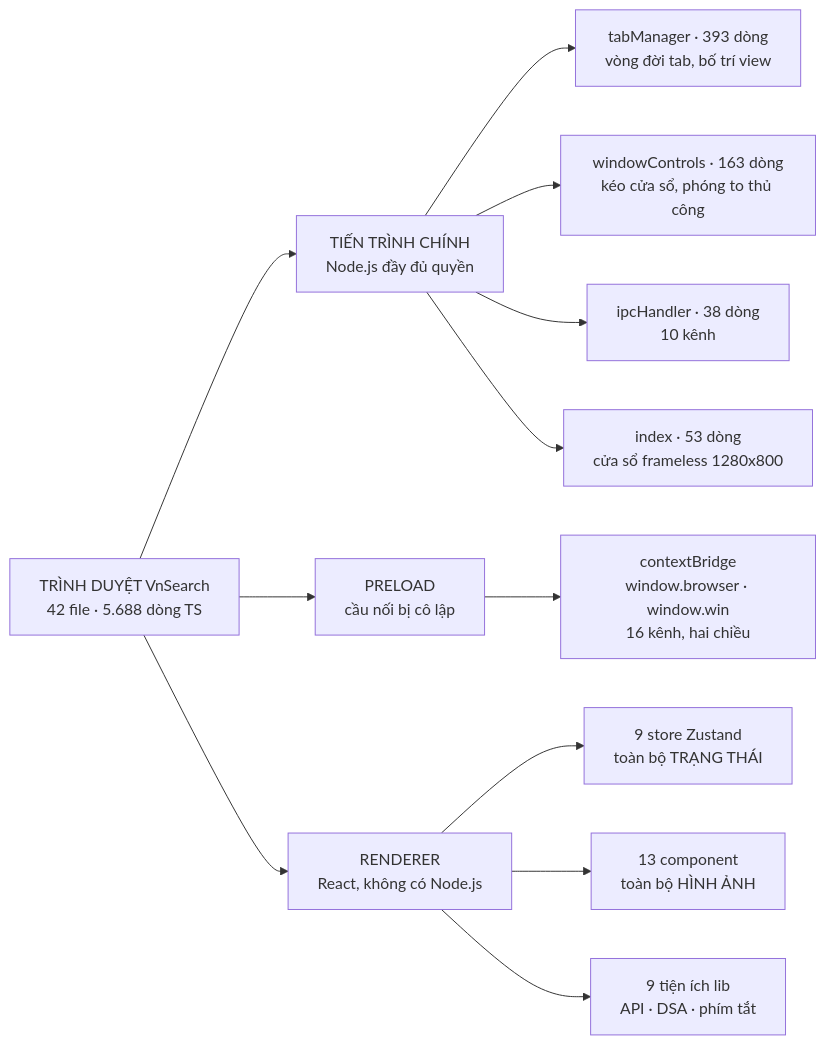
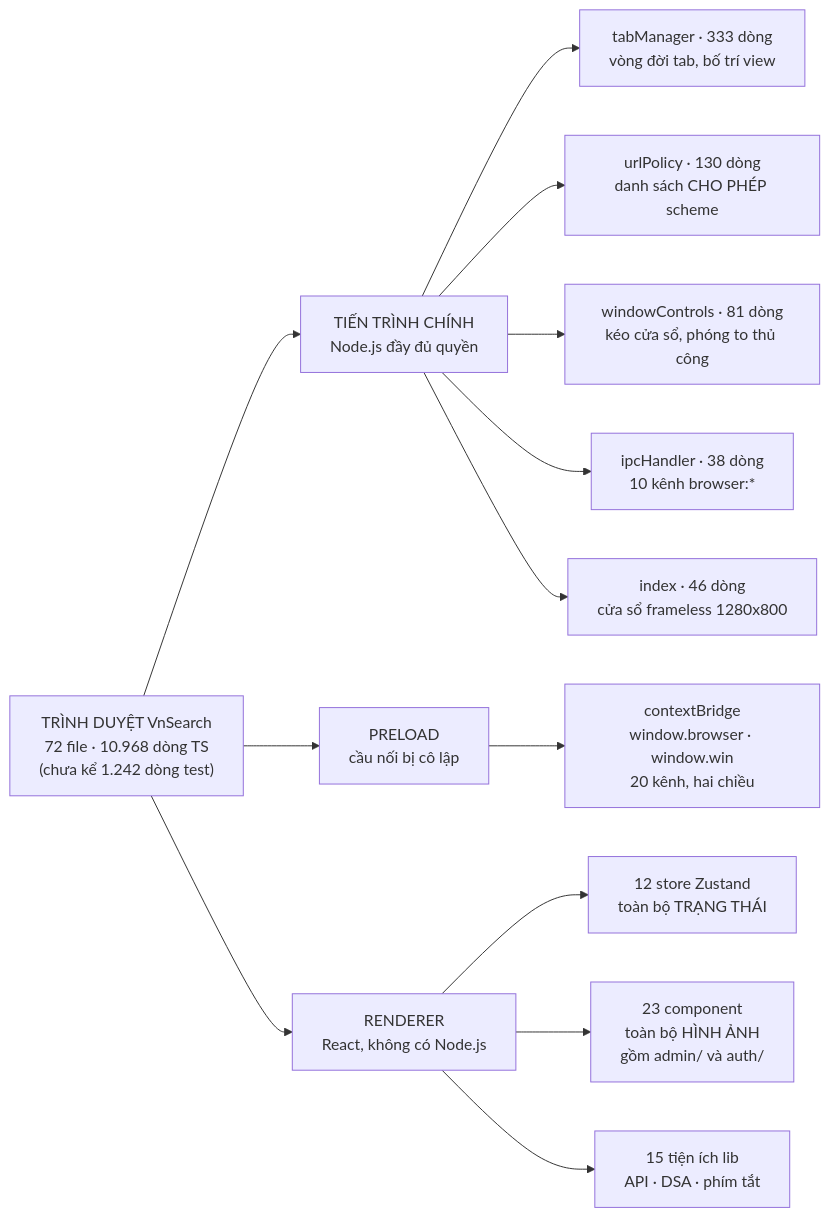
One commit to KietAnhCS/CocCoc-Plus changed the first of 5 diagrams in docs/Math/08-frontend/00-SO-DO-TU-DUY.md. Above: the diagram before and after it, drawn with Mermaid. The commit also changed other lines of this file and 10 other files, not shown here.

````diff
--- a/docs/Math/08-frontend/00-SO-DO-TU-DUY.md
+++ b/docs/Math/08-frontend/00-SO-DO-TU-DUY.md
@@ -17,19 +17,20 @@
 ```mermaid
 flowchart LR
-    ROOT["TRÌNH DUYỆT VnSearch<br/>42 file · 5.688 dòng TS"]
+    ROOT["TRÌNH DUYỆT VnSearch<br/>72 file · 10.968 dòng TS<br/>(chưa kể 1.242 dòng test)"]
 
     ROOT --> M["TIẾN TRÌNH CHÍNH<br/>Node.js đầy đủ quyền"]
     ROOT --> P["PRELOAD<br/>cầu nối bị cô lập"]
     ROOT --> R["RENDERER<br/>React, không có Node.js"]
 
-    M --> M1["tabManager · 393 dòng<br/>vòng đời tab, bố trí view"]
-    M --> M2["windowControls · 163 dòng<br/>kéo cửa sổ, phóng to thủ công"]
-    M --> M3["ipcHandler · 38 dòng<br/>10 kênh"]
-    M --> M4["index · 53 dòng<br/>cửa sổ frameless 1280x800"]
+    M --> M1["tabManager · 333 dòng<br/>vòng đời tab, bố trí view"]
+    M --> M2["urlPolicy · 130 dòng<br/>danh sách CHO PHÉP scheme"]
+    M --> M3["windowControls · 81 dòng<br/>kéo cửa sổ, phóng to thủ công"]
+    M --> M4["ipcHandler · 38 dòng<br/>10 kênh browser:*"]
+    M --> M5["index · 46 dòng<br/>cửa sổ frameless 1280x800"]
 
-    P --> P1["contextBridge<br/>window.browser · window.win<br/>16 kênh, hai chiều"]
+    P --> P1["contextBridge<br/>window.browser · window.win<br/>20 kênh, hai chiều"]
 
-    R --> R1["9 store Zustand<br/>toàn bộ TRẠNG THÁI"]
-    R --> R2["13 component<br/>toàn bộ HÌNH ẢNH"]
-    R --> R3["9 tiện ích lib<br/>API · DSA · phím tắt"]
+    R --> R1["12 store Zustand<br/>toàn bộ TRẠNG THÁI"]
+    R --> R2["23 component<br/>toàn bộ HÌNH ẢNH<br/>gồm admin/ và auth/"]
+    R --> R3["15 tiện ích lib<br/>API · DSA · phím tắt"]
 ```
````
